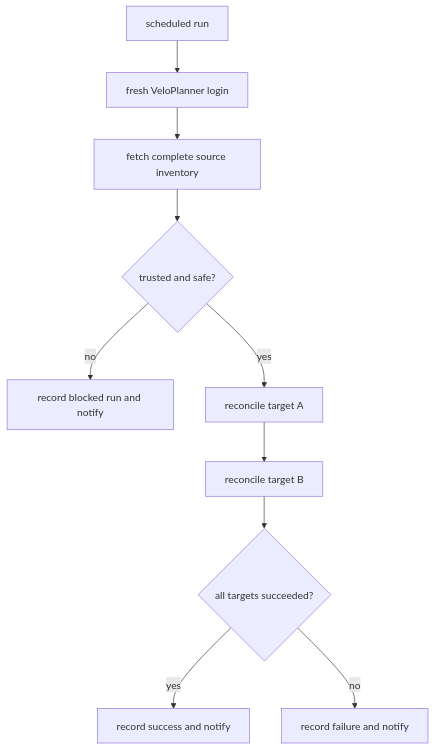
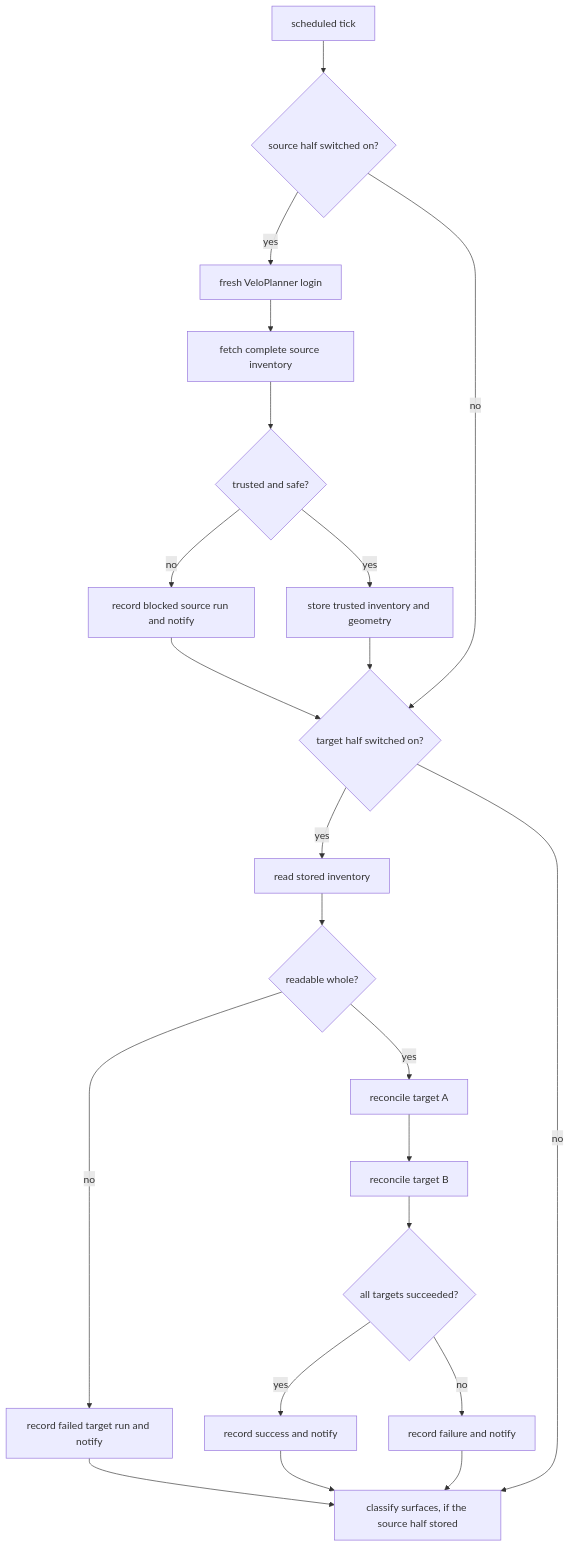
One commit to nobbs/domestique changed the second of 2 diagrams in docs/specs/sync-lifecycle.md. Above: the diagram before and after it, drawn with Mermaid. The commit also changed other lines of this file and 13 other files, not shown here.

```diff
--- a/docs/specs/sync-lifecycle.md
+++ b/docs/specs/sync-lifecycle.md
@@ -132,12 +165,24 @@
 ~~~mermaid
 flowchart TD
-    Start["scheduled run"] --> Login["fresh VeloPlanner login"]
+    Start["scheduled tick"] --> SourceOn{"source half switched on?"}
+    SourceOn -- yes --> Login["fresh VeloPlanner login"]
     Login --> Inventory["fetch complete source inventory"]
     Inventory --> Guard{"trusted and safe?"}
-    Guard -- no --> Block["record blocked run and notify"]
-    Guard -- yes --> A["reconcile target A"]
+    Guard -- no --> Block["record blocked source run and notify"]
+    Guard -- yes --> Store["store trusted inventory and geometry"]
+    Store --> TargetsOn{"target half switched on?"}
+    SourceOn -- no --> TargetsOn
+    Block --> TargetsOn
+    TargetsOn -- yes --> Read["read stored inventory"]
+    Read --> Readable{"readable whole?"}
+    Readable -- no --> StateFail["record failed target run and notify"]
+    Readable -- yes --> A["reconcile target A"]
     A --> B["reconcile target B"]
     B --> Result{"all targets succeeded?"}
     Result -- yes --> Success["record success and notify"]
     Result -- no --> Failure["record failure and notify"]
+    TargetsOn -- no --> Enrich["classify surfaces, if the source half stored"]
+    Success --> Enrich
+    Failure --> Enrich
+    StateFail --> Enrich
 ~~~
```
